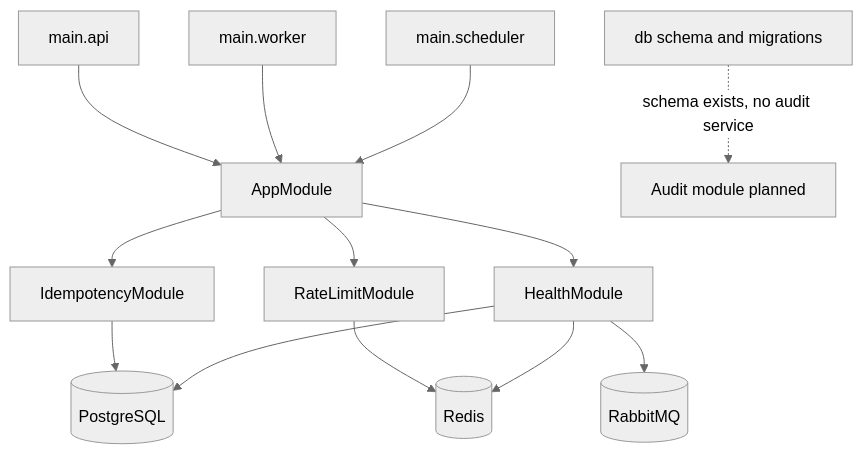
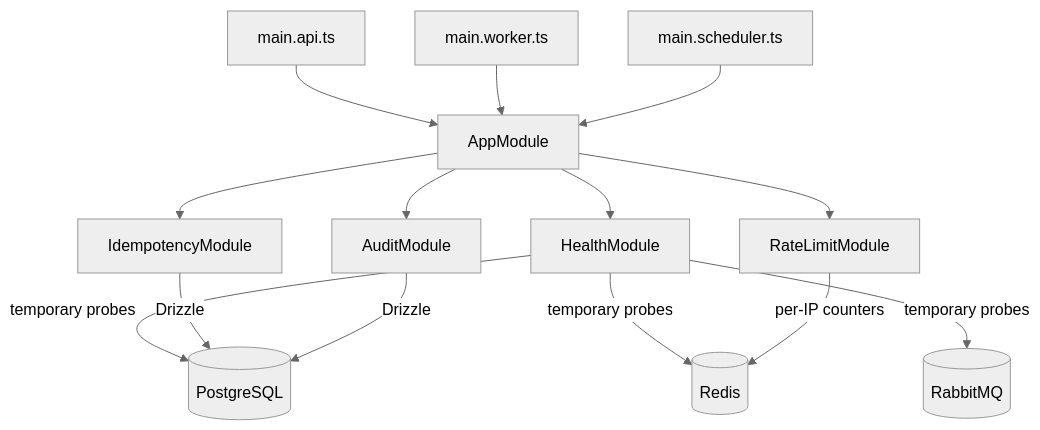
The first of 3 diagrams in docs/ARCHITECTURE.md (malachi190/kova), drawn with Mermaid (neutral theme) before and after one commit. The commit also changed other lines of this file and 27 other files, not shown here.

````diff
--- a/docs/ARCHITECTURE.md
+++ b/docs/ARCHITECTURE.md
@@ -79,15 +19,16 @@
 ```mermaid
 flowchart TD
-  API[main.api] --> App[AppModule]
-  Worker[main.worker] --> App
-  Scheduler[main.scheduler] --> App
+  API[main.api.ts] --> App[AppModule]
+  Worker[main.worker.ts] --> App
+  Scheduler[main.scheduler.ts] --> App
   App --> Health[HealthModule]
   App --> Idempotency[IdempotencyModule]
-  App --> RateLimit[RateLimitModule]
-  Idempotency --> PG[(PostgreSQL)]
-  RateLimit --> Redis[(Redis)]
-  Health --> PG
-  Health --> Redis
-  Health --> Rabbit[(RabbitMQ)]
-  DB[db schema and migrations] -. schema exists, no audit service .-> Audit[Audit module planned]
+  App --> Throttle[RateLimitModule]
+  App --> Audit[AuditModule]
+  Health -->|temporary probes| PG[(PostgreSQL)]
+  Health -->|temporary probes| Redis[(Redis)]
+  Health -->|temporary probes| Rabbit[(RabbitMQ)]
+  Idempotency -->|Drizzle| PG
+  Throttle -->|per-IP counters| Redis
+  Audit -->|Drizzle| PG
 ```
````
